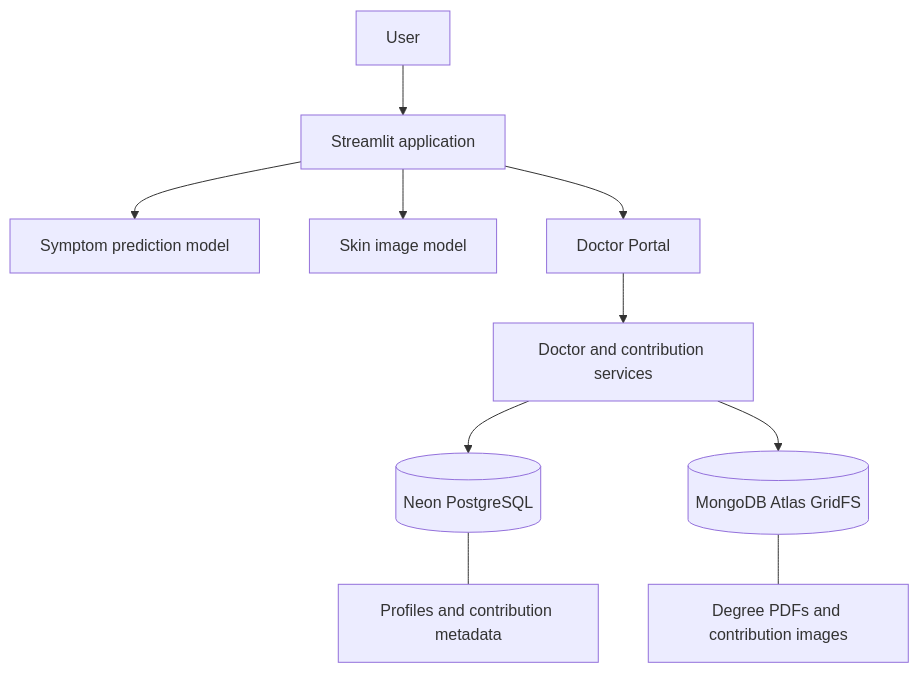
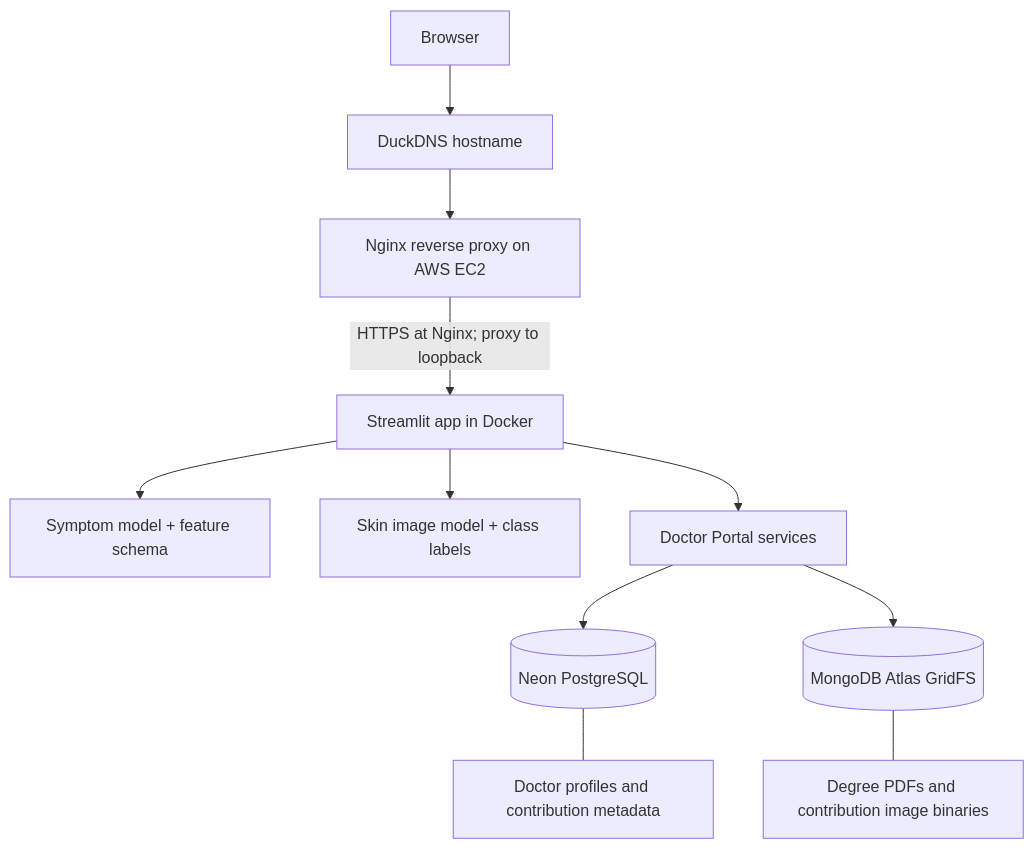
Before and after one commit to atharva315/Disease-Akinator: the diagram in README.md, drawn with Mermaid. The commit also changed other lines of this file, not shown here.

````diff
--- a/README.md
+++ b/README.md
@@ -37,12 +67,13 @@
-```mermaid
-flowchart TD
-    U[User] --> S[Streamlit application]
-    S --> SY[Symptom prediction model]
-    S --> IM[Skin image model]
-    S --> DP[Doctor Portal]
-    DP --> SV[Doctor and contribution services]
-    SV --> PG[(Neon PostgreSQL)]
-    SV --> MG[(MongoDB Atlas GridFS)]
-    PG --- P1[Profiles and contribution metadata]
-    MG --- M1[Degree PDFs and contribution images]
-```
+~~~mermaid
+flowchart TB
+    B[Browser] --> DNS[DuckDNS hostname]
+    DNS --> N[Nginx reverse proxy on AWS EC2]
+    N -->|HTTPS at Nginx; proxy to loopback| S[Streamlit app in Docker]
+    S --> SM[Symptom model + feature schema]
+    S --> IM[Skin image model + class labels]
+    S --> DP[Doctor Portal services]
+    DP --> PG[(Neon PostgreSQL)]
+    DP --> MG[(MongoDB Atlas GridFS)]
+    PG --- P[Doctor profiles and contribution metadata]
+    MG --- F[Degree PDFs and contribution image binaries]
+~~~
````
